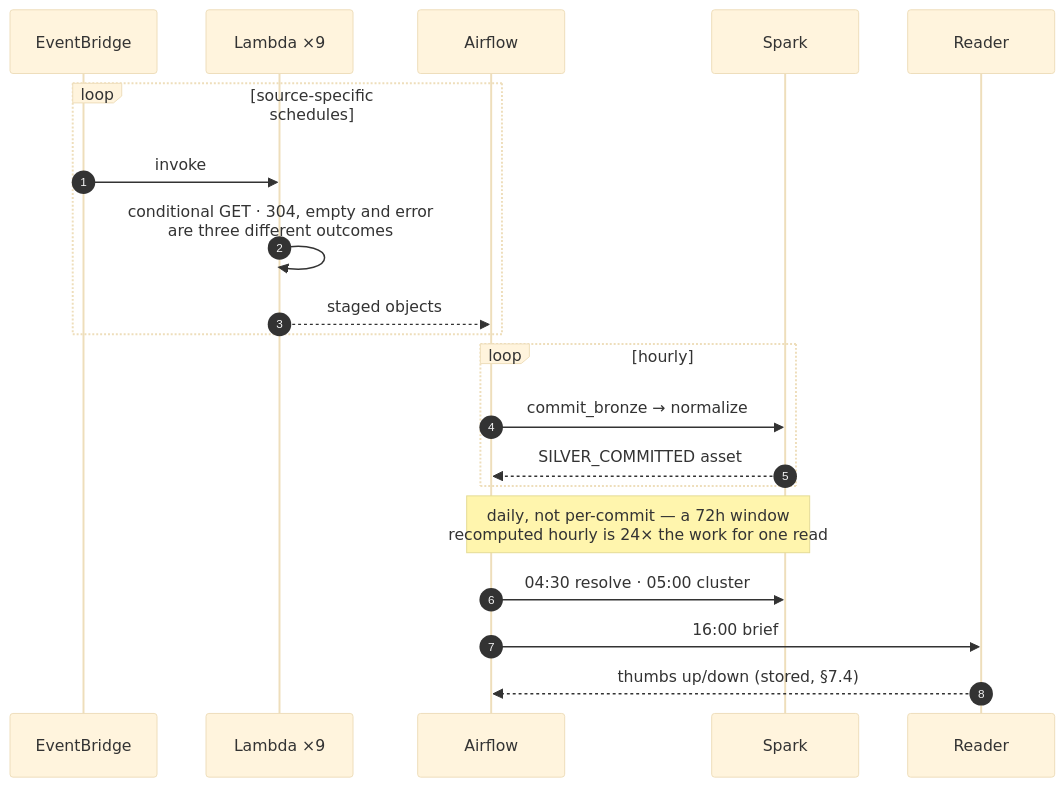
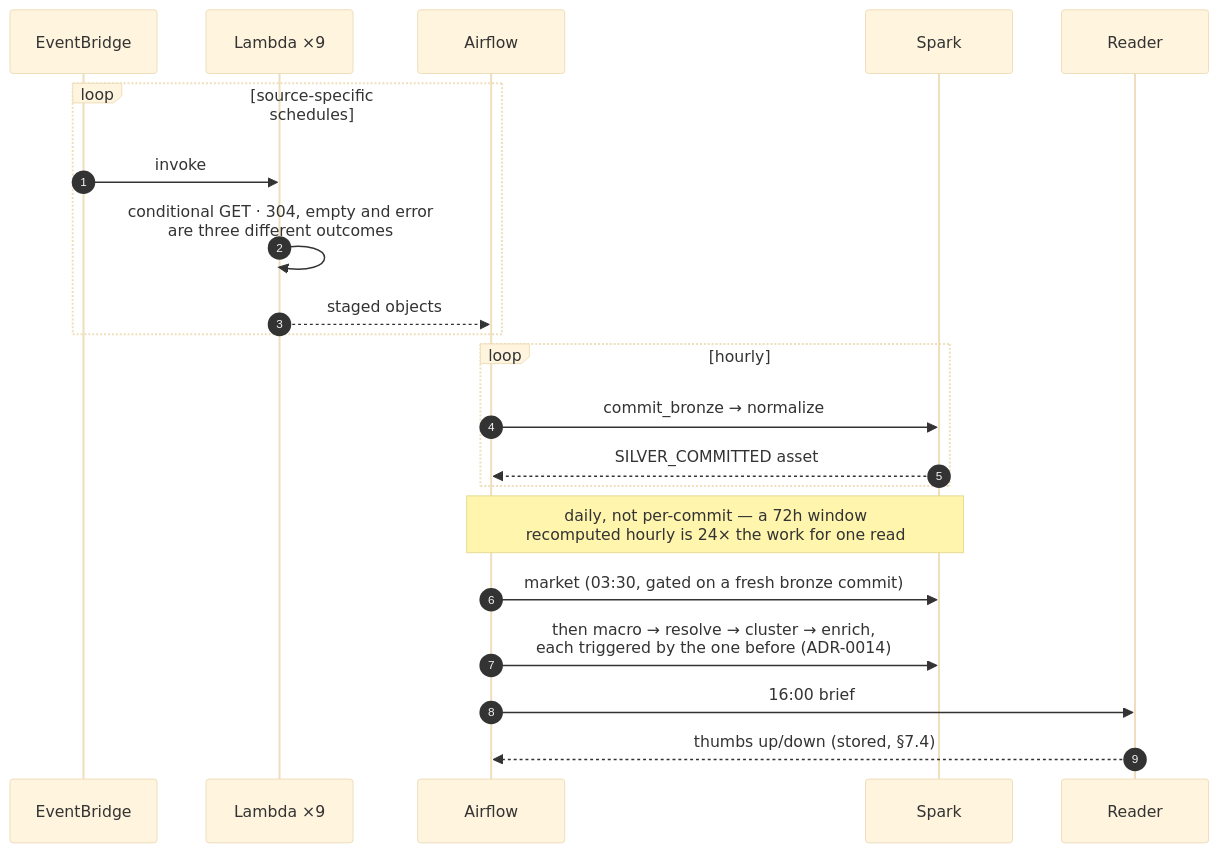
One commit to SouhailBourhim/signal-brief changed the third of 3 diagrams in docs/architecture.md. Above: the diagram before and after it, drawn with Mermaid (base theme). The commit also changed other lines of this file and 9 other files, not shown here.

````diff
--- a/docs/architecture.md
+++ b/docs/architecture.md
@@ -163,23 +163,24 @@
 ```mermaid
 sequenceDiagram
     autonumber
     participant S as EventBridge
     participant L as Lambda ×9
     participant A as Airflow
     participant K as Spark
     participant R as Reader
 
     loop source-specific schedules
         S->>L: invoke
         L->>L: conditional GET · 304, empty and error<br/>are three different outcomes
         L-->>A: staged objects
     end
     loop hourly
         A->>K: commit_bronze → normalize
         K-->>A: SILVER_COMMITTED asset
     end
     Note over A,K: daily, not per-commit — a 72h window<br/>recomputed hourly is 24× the work for one read
-    A->>K: 04:30 resolve · 05:00 cluster
+    A->>K: market (03:30, gated on a fresh bronze commit)
+    A->>K: then macro → resolve → cluster → enrich,<br/>each triggered by the one before (ADR-0014)
     A->>R: 16:00 brief
     R-->>A: thumbs up/down (stored, §7.4)
 ```
````
